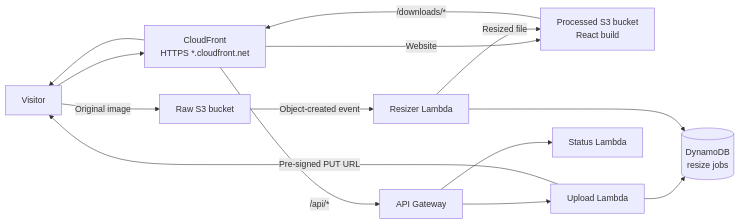
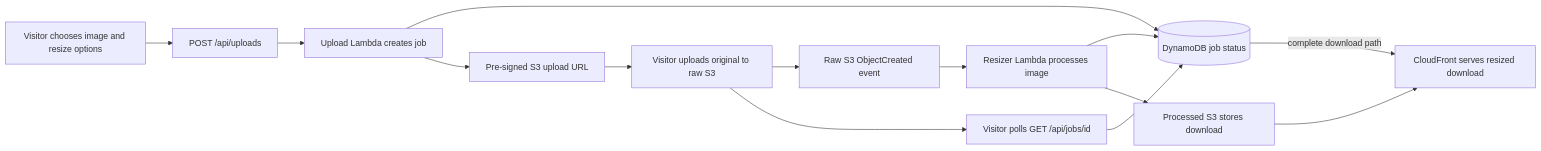
One commit to adeel-aws/AWS-Serverless-Image-Resizer changed the diagram in README.md. Above: the diagram before and after it, drawn with Mermaid. The commit also changed other lines of this file and 8 other files, not shown here.

Commit message:
Refine architecture diagram and project documentation

````diff
--- a/README.md
+++ b/README.md
@@ -18,16 +35,23 @@
 ```mermaid
 flowchart LR
-    U[Visitor] --> CF[CloudFront<br/>HTTPS *.cloudfront.net]
-    CF -->|Website| WEB[Processed S3 bucket<br/>React build]
-    CF -->|/api/*| API[API Gateway]
-    API --> UL[Upload Lambda]
-    API --> SL[Status Lambda]
-    UL --> DDB[(DynamoDB<br/>resize jobs)]
-    UL -->|Pre-signed PUT URL| U
-    U -->|Original image| RAW[Raw S3 bucket]
-    RAW -->|Object-created event| RL[Resizer Lambda]
-    RL --> DDB
-    RL -->|Resized file| WEB
-    WEB -->|/downloads/*| CF
-    CF --> U
+    A[Visitor chooses image and resize options]
+    B[POST /api/uploads]
+    C[Upload Lambda creates job]
+    D[(DynamoDB job status)]
+    E[Pre-signed S3 upload URL]
+    F[Visitor uploads original to raw S3]
+    G[Raw S3 ObjectCreated event]
+    H[Resizer Lambda processes image]
+    I[Processed S3 stores download]
+    J[Visitor polls GET /api/jobs/id]
+    K[CloudFront serves resized download]
+
+    A --> B --> C
+    C --> D
+    C --> E --> F
+    F --> G --> H
+    H --> D
+    H --> I --> K
+    F --> J --> D
+    D -->|complete download path| K
 ```
````
